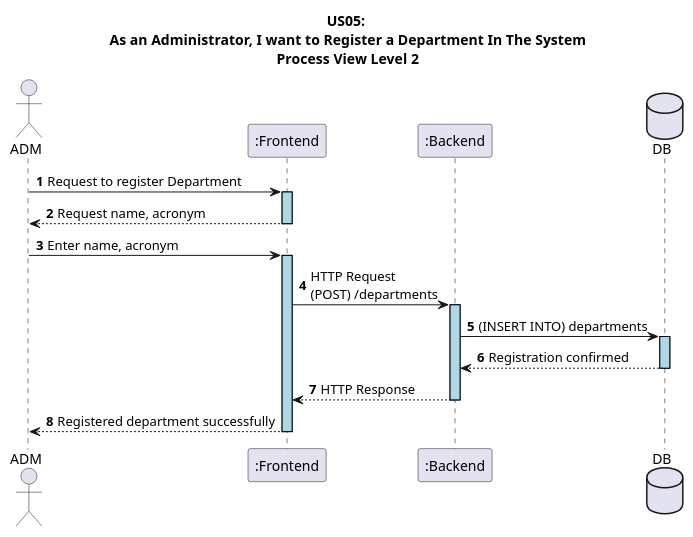
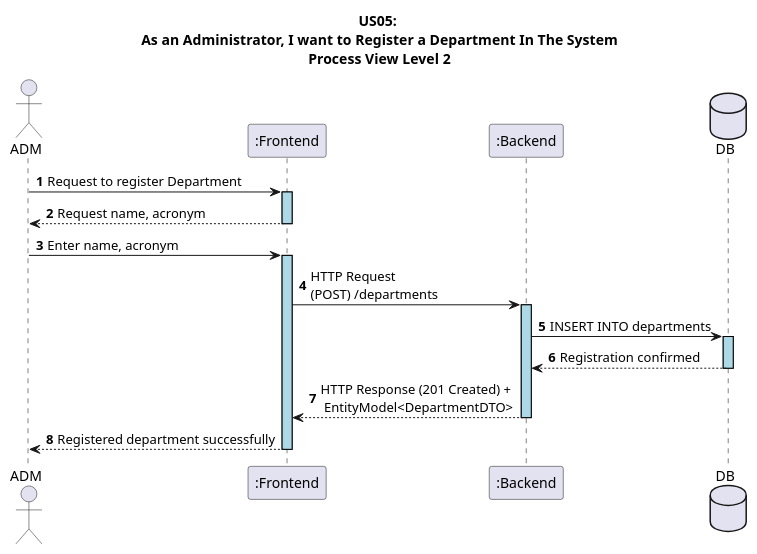
One commit to GasparISEP/DevOps-PAI changed the diagram in docs/US05/sprint6_RestAPI/ProcessView/US05_RestAPI_ProcessView_Level2.puml. Above: the diagram before and after it, drawn with PlantUML.

Commit message:
doc:refactor processView level2 (refs #644)

```diff
--- a/docs/US05/sprint6_RestAPI/ProcessView/US05_RestAPI_ProcessView_Level2.puml
+++ b/docs/US05/sprint6_RestAPI/ProcessView/US05_RestAPI_ProcessView_Level2.puml
@@ -1,25 +1,25 @@
 @startuml
 autonumber
 
 skinparam sequence {
    LifelineBorderColor black
    LifelineBackgroundColor LightBlue
  }
 
 title US05:\n As an Administrator, I want to Register a Department In The System\n Process View Level 2
 actor ADM
 participant ":Frontend" as FE
 participant ":Backend" as BE
 database DB
 
 ADM -> FE ++: Request to register Department
 FE --> ADM --: Request name, acronym
 ADM -> FE ++: Enter name, acronym
 
 FE -> BE ++: HTTP Request \n(POST) /departments
-BE -> DB ++: (INSERT INTO) departments
+BE -> DB ++: INSERT INTO departments
 DB --> BE --: Registration confirmed
-BE --> FE --: HTTP Response
+BE --> FE --: HTTP Response (201 Created) + \n EntityModel<DepartmentDTO>
 FE --> ADM --: Registered department successfully
 
 @enduml
```
